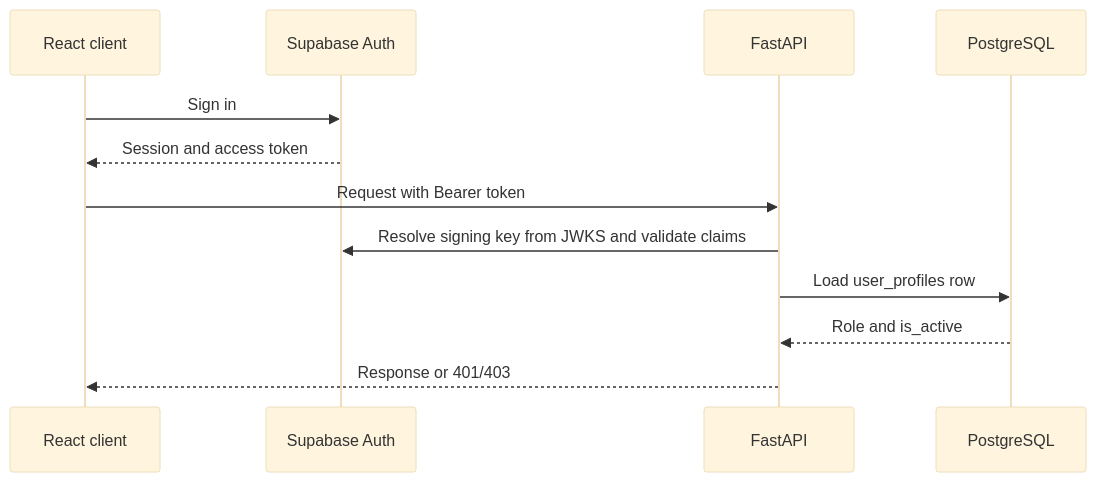
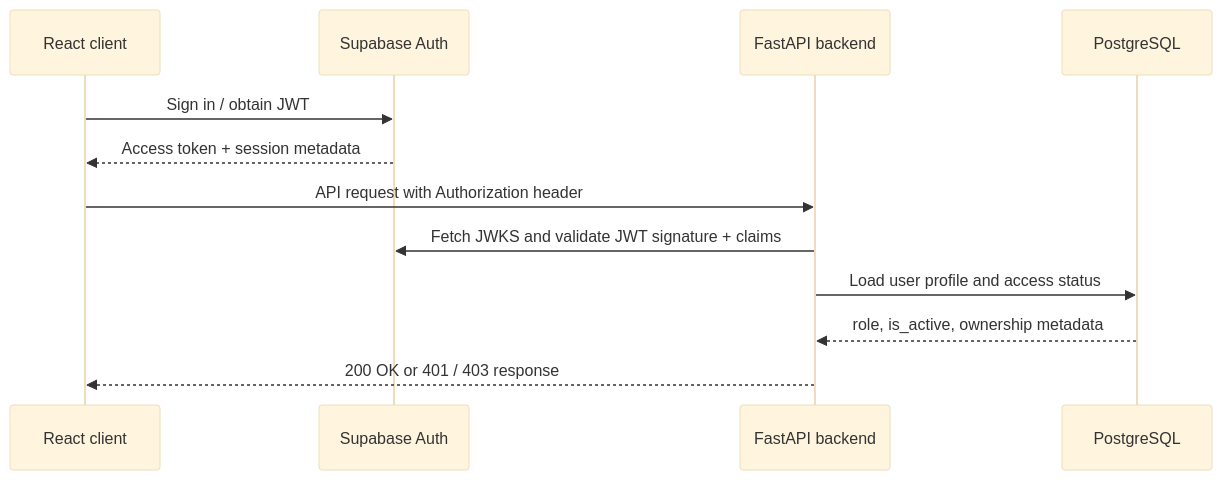
The second of 4 diagrams in README.md (VatsalNegi/AgentHire-AI), drawn with Mermaid (base theme) before and after one commit. The commit also changed other lines of this file and 1 other file, not shown here.

Commit message:
docs: improve README diagrams and add landing screenshot

````diff
--- a/README.md
+++ b/README.md
@@ -81,14 +92,15 @@
 ```mermaid
 sequenceDiagram
     participant UI as React client
     participant Auth as Supabase Auth
-    participant API as FastAPI
+    participant API as FastAPI backend
     participant DB as PostgreSQL
-    UI->>Auth: Sign in
-    Auth-->>UI: Session and access token
-    UI->>API: Request with Bearer token
-    API->>Auth: Resolve signing key from JWKS and validate claims
-    API->>DB: Load user_profiles row
-    DB-->>API: Role and is_active
-    API-->>UI: Response or 401/403
+
+    UI->>Auth: Sign in / obtain JWT
+    Auth-->>UI: Access token + session metadata
+    UI->>API: API request with Authorization header
+    API->>Auth: Fetch JWKS and validate JWT signature + claims
+    API->>DB: Load user profile and access status
+    DB-->>API: role, is_active, ownership metadata
+    API-->>UI: 200 OK or 401 / 403 response
 ```
````
